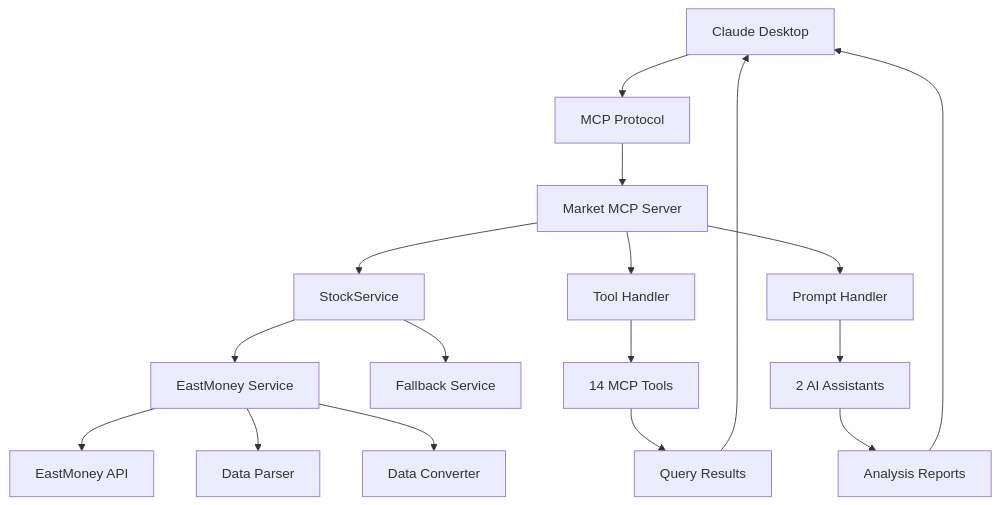
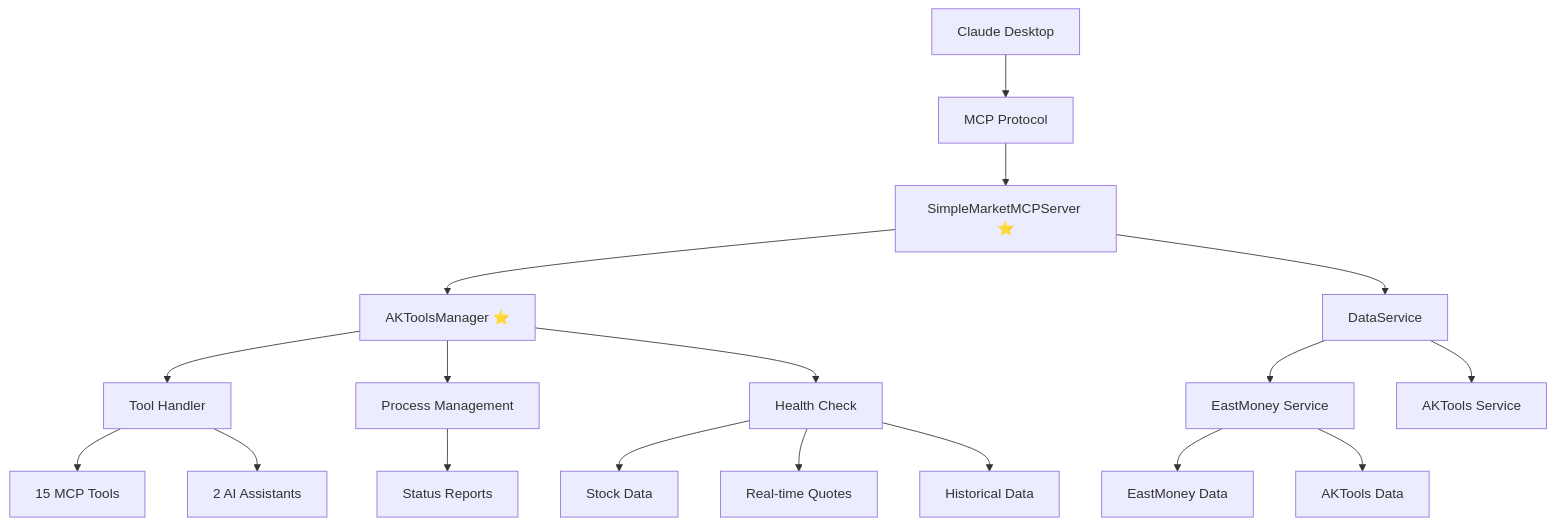
The diagram in README.md (qiupo/marketMcp), drawn with Mermaid before and after one commit. The commit also changed other lines of this file and 119 other files, not shown here.

````diff
--- a/README.md
+++ b/README.md
@@ -164,24 +163,25 @@
 ```mermaid
 graph TB
     A[Claude Desktop] --> B[MCP Protocol]
-    B --> C[Market MCP Server]
-    C --> D[StockService]
-    C --> E[Tool Handler]
-    C --> F[Prompt Handler]
+    B --> C[SimpleMarketMCPServer ⭐]
+    C --> D[AKToolsManager ⭐]
+    C --> E[DataService]
 
-    D --> G[EastMoney Service]
-    D --> H[Fallback Service]
+    D --> F[Tool Handler]
+    D --> G[Process Management]
+    D --> H[Health Check]
 
-    G --> I[EastMoney API]
-    G --> J[Data Parser]
-    G --> K[Data Converter]
+    E --> J[EastMoney Service]
+    E --> K[AKTools Service]
 
-    E --> L[14 MCP Tools]
+    F --> L[15 MCP Tools]
     F --> M[2 AI Assistants]
 
-    L --> N[Query Results]
-    M --> O[Analysis Reports]
+    G --> N[Status Reports]
+    H --> O[Stock Data]
+    H --> P[Real-time Quotes]
+    H --> Q[Historical Data]
 
-    N --> A
-    O --> A
+    J --> R[EastMoney Data]
+    J --> S[AKTools Data]
 ```
````
